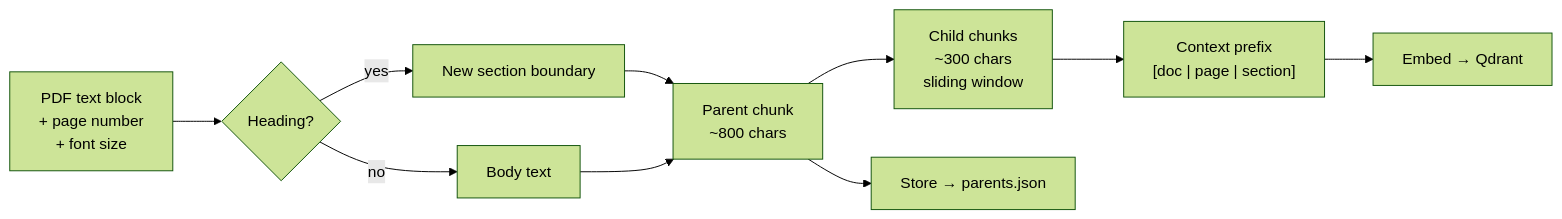
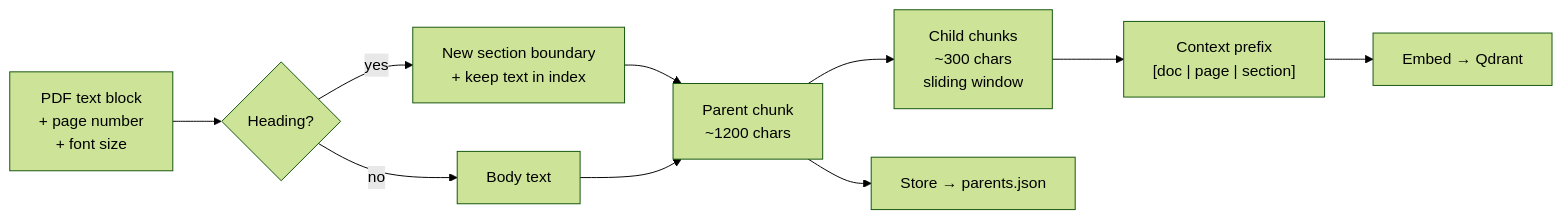
Before and after one commit to mehdi-000/agentic-rag-nda: the third of 4 diagrams in README.md, drawn with Mermaid (forest theme). The commit also changed other lines of this file and 11 other files, not shown here.

Commit message:
feat: reworked eval flow, agent tweaks, 1200-char chunks, README

````diff
--- a/README.md
+++ b/README.md
@@ -172,12 +174,12 @@
 ```mermaid
 flowchart LR
     Block["PDF text block\n+ page number\n+ font size"] --> Heading{"Heading?"}
-    Heading -->|"yes"| Section["New section boundary"]
+    Heading -->|"yes"| SectionAndKeep["New section boundary\n+ keep text in index"]
     Heading -->|"no"| Body["Body text"]
-    Section --> Parent["Parent chunk\n~800 chars"]
+    SectionAndKeep --> Parent["Parent chunk\n~1200 chars"]
     Body --> Parent
     Parent --> Child["Child chunks\n~300 chars\nsliding window"]
     Child --> Ctx["Context prefix\n[doc | page | section]"]
     Ctx --> Embed["Embed → Qdrant"]
     Parent --> JSON["Store → parents.json"]
 ```
````
